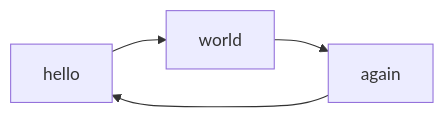
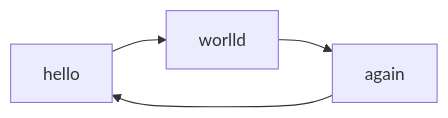
Before and after one commit to gyarab/2023_wa_sx_chalupnicek_mkdocs: the first of 2 diagrams in docs/wa_3.md, drawn with Mermaid. The commit also changed other lines of this file and 2 other files, not shown here.

````diff
--- a/docs/wa_3.md
+++ b/docs/wa_3.md
@@ -13,6 +7,6 @@
 ```mermaid
 graph LR
-    hello --> world
-    world --> again
+    hello --> worlld
+    worlld --> again
     again --> hello
 ```
````
